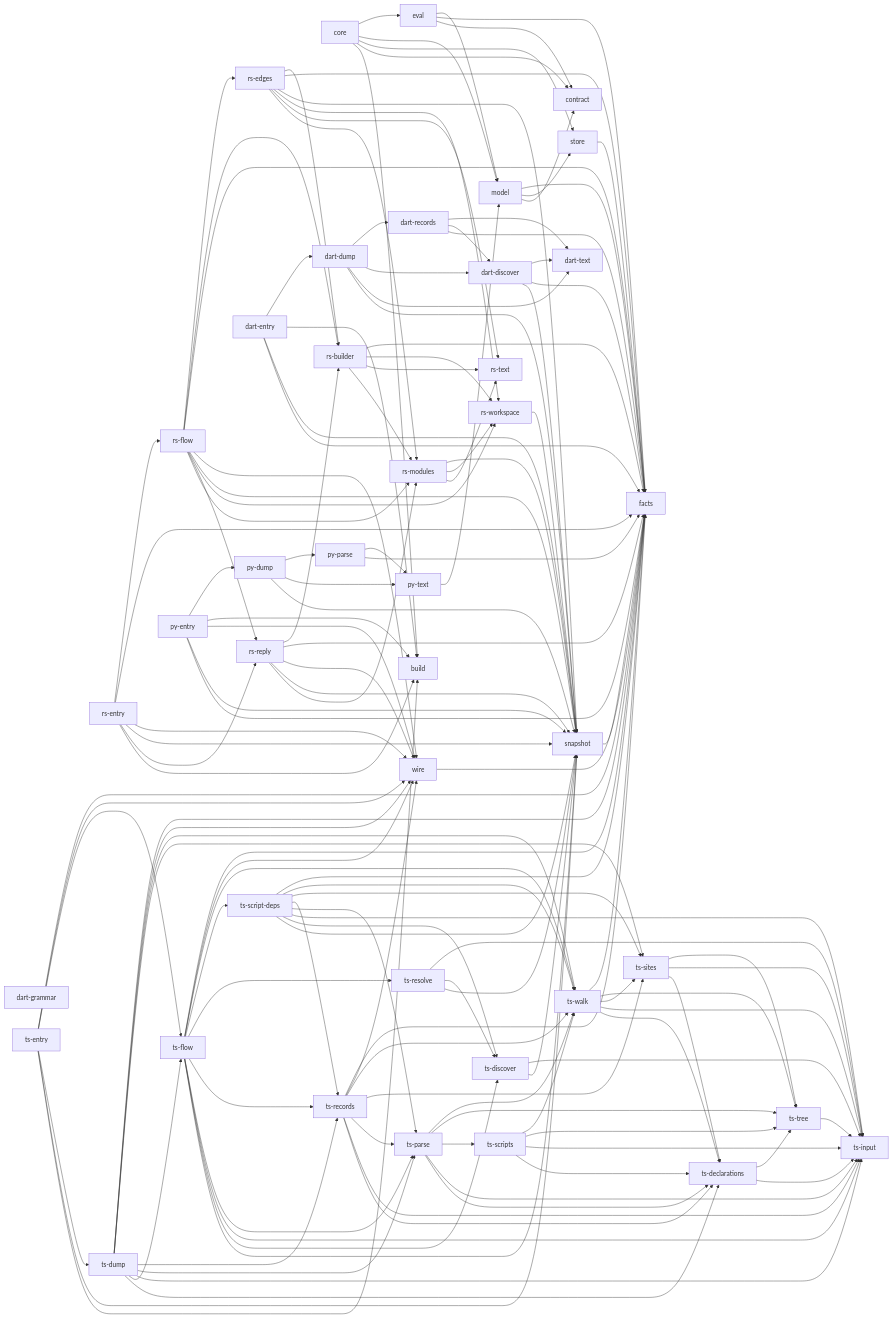
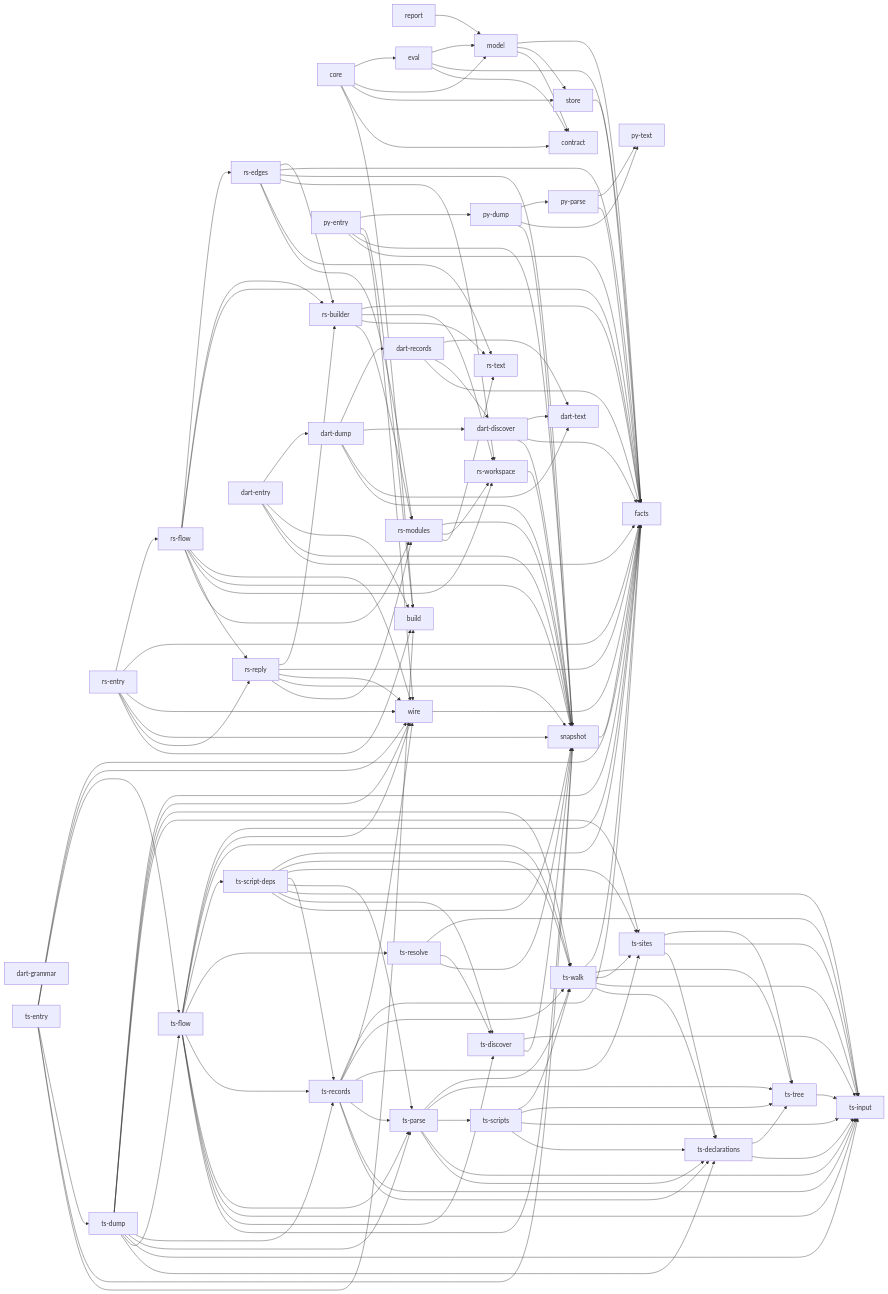
Before and after one commit to rapiddweller/archkeel: the diagram in docs/architecture/native.md, drawn with Mermaid.

Commit message:
Give the report node an id that the Python collector nodes do not use
The merge of #1038 added n_37 for py-text; the report node takes the next
free id so the graph has one node per id.

````diff
--- a/docs/architecture/native.md
+++ b/docs/architecture/native.md
@@ -77,7 +77,7 @@
 ```mermaid
 flowchart LR
-    n_37["report"]
-    n_37 --> n_5
+    n_41["report"]
+    n_41 --> n_5
     n_0["build"]
     n_1["contract"]
     n_2["core"]
````
